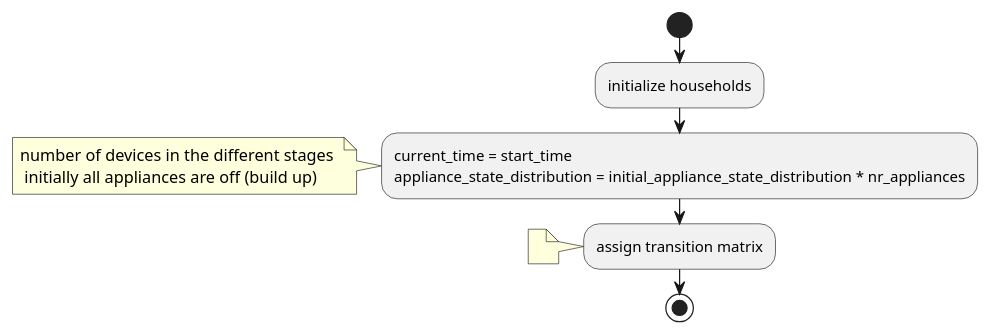
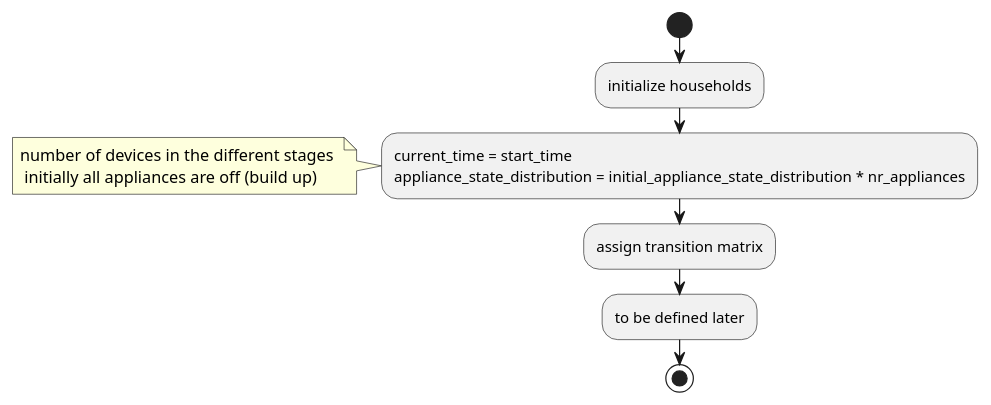
Before and after one commit to ie3-institute/MarkovsHousehold: the diagram in docs/puml/monte_carlo_simulation.puml, drawn with PlantUML. The commit also changed 12 other files, not shown here.

```diff
--- a/docs/puml/monte_carlo_simulation.puml
+++ b/docs/puml/monte_carlo_simulation.puml
@@ -1,14 +1,14 @@
 @startuml
 'https://plantuml.com/activity-diagram-beta
 
 start
 :initialize households;
 :current_time = start_time
 appliance_state_distribution = initial_appliance_state_distribution * nr_appliances;
 note left: number of devices in the different stages \n initially all appliances are off (build up)
 :assign transition matrix;
-note left:
+:to be defined later;
 
 stop
 
 @enduml
```
